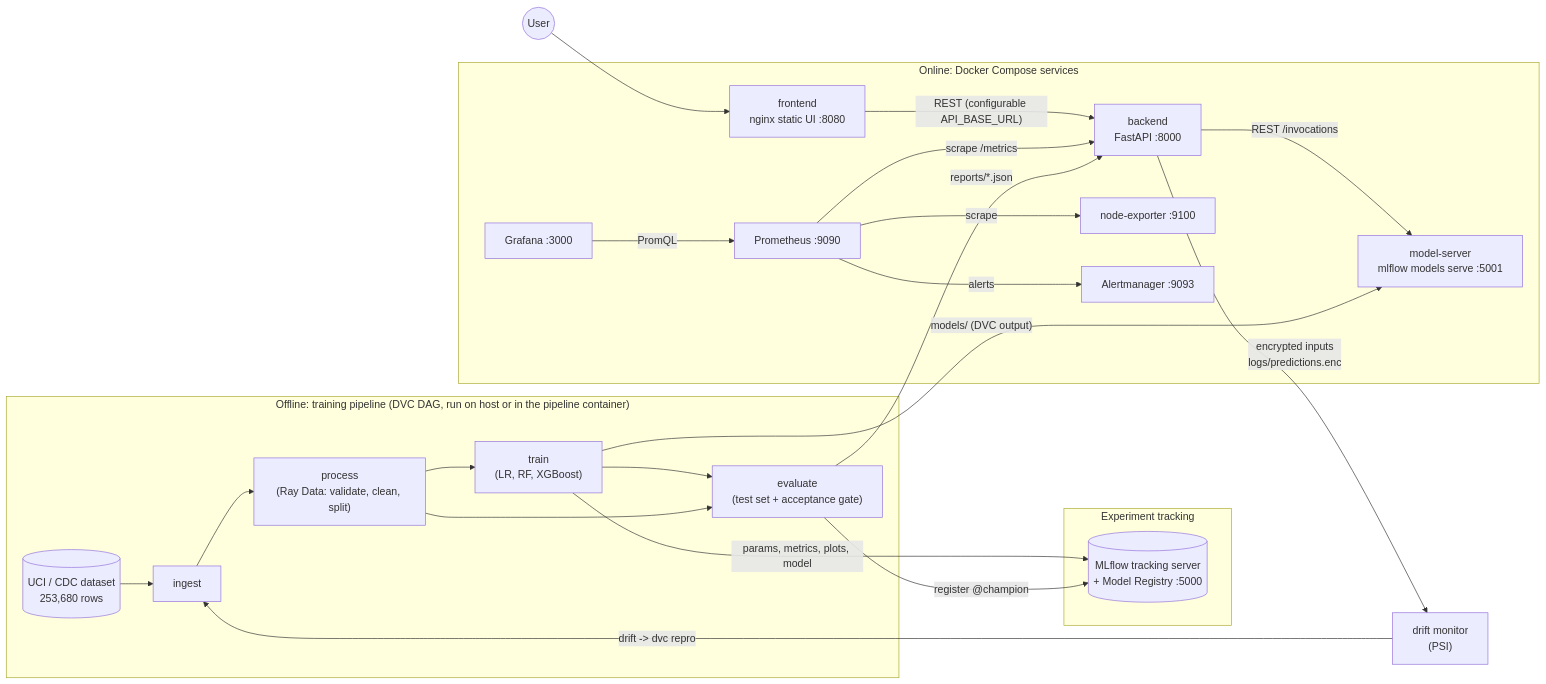
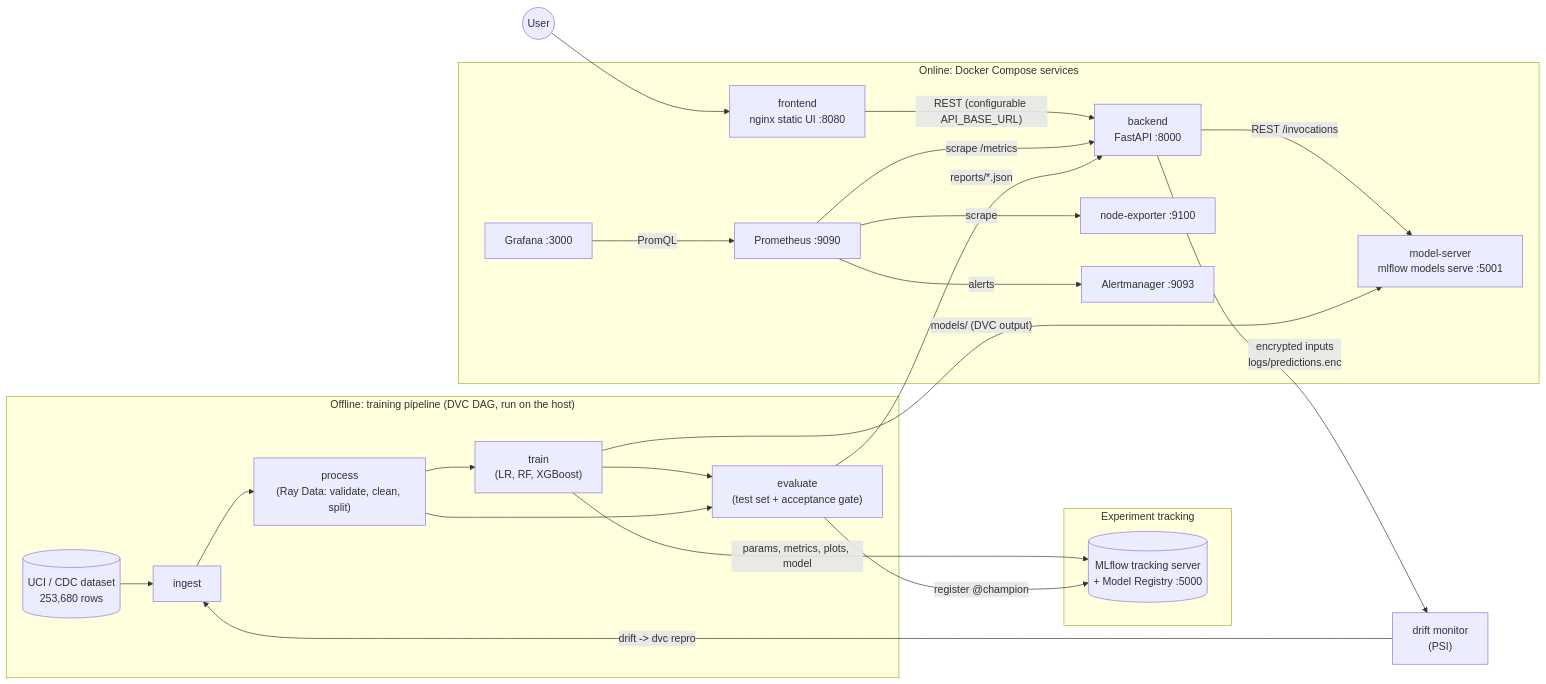
Before and after one commit to Rishitha470/DA3408_Project: the diagram in docs/architecture.md, drawn with Mermaid. The commit also changed other lines of this file and 10 other files, not shown here.

````diff
--- a/docs/architecture.md
+++ b/docs/architecture.md
@@ -5,31 +5,31 @@
 ```mermaid
 flowchart LR
-  subgraph Offline["Offline: training pipeline (DVC DAG, run on host or in the pipeline container)"]
+  subgraph Offline["Offline: training pipeline (DVC DAG, run on the host)"]
     UCI[(UCI / CDC dataset<br/>253,680 rows)] --> ING[ingest]
     ING --> PRO["process<br/>(Ray Data: validate, clean, split)"]
     PRO --> TRN["train<br/>(LR, RF, XGBoost)"]
     TRN --> EVA["evaluate<br/>(test set + acceptance gate)"]
     PRO --> EVA
   end
 
   subgraph Tracking["Experiment tracking"]
     MLF[("MLflow tracking server<br/>+ Model Registry :5000")]
   end
 
   subgraph Online["Online: Docker Compose services"]
     FE["frontend<br/>nginx static UI :8080"] -- "REST (configurable API_BASE_URL)" --> BE["backend<br/>FastAPI :8000"]
     BE -- "REST /invocations" --> MS["model-server<br/>mlflow models serve :5001"]
     PROM["Prometheus :9090"] -- scrape /metrics --> BE
     PROM -- scrape --> NE["node-exporter :9100"]
     PROM -- alerts --> AM["Alertmanager :9093"]
     GRA["Grafana :3000"] -- PromQL --> PROM
   end
 
   TRN -- "params, metrics, plots, model" --> MLF
   EVA -- "register @champion" --> MLF
   TRN -- "models/ (DVC output)" --> MS
   EVA -- "reports/*.json" --> BE
   BE -- "encrypted inputs<br/>logs/predictions.enc" --> DM["drift monitor<br/>(PSI)"]
   DM -- "drift -> dvc repro" --> ING
   USER((User)) --> FE
 ```
````
